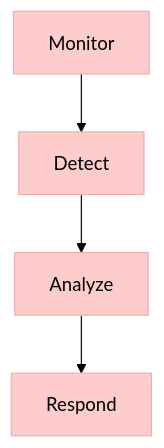
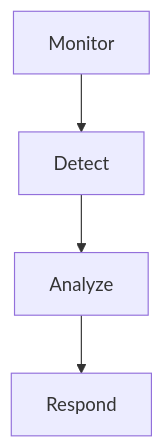
One commit to manojxshrestha/SOC-Analyst-Cheatsheet changed the third of 12 diagrams in 2-Security-Monitoring-SIEM-Fundamentals/README.md. Above: the diagram before and after it, drawn with Mermaid. The commit also changed other lines of this file and 1 other file, not shown here.

````diff
--- a/2-Security-Monitoring-SIEM-Fundamentals/README.md
+++ b/2-Security-Monitoring-SIEM-Fundamentals/README.md
@@ -240,5 +247,4 @@
 ```mermaid
-%%{init: {'theme': 'base', 'themeVariables': { 'primaryColor': '#ffcccc', 'primaryTextColor': '#000', 'lineColor': '#000'}}}%%
 flowchart TB
     Monitor --> Detect --> Analyze --> Respond
 ```
````
